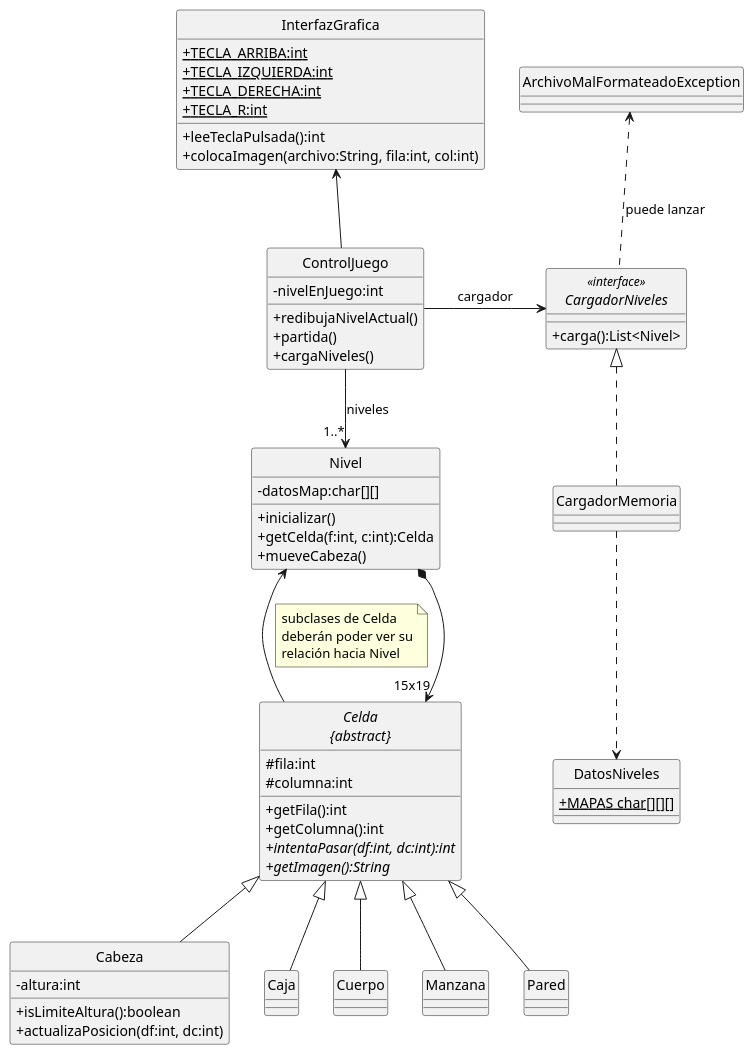
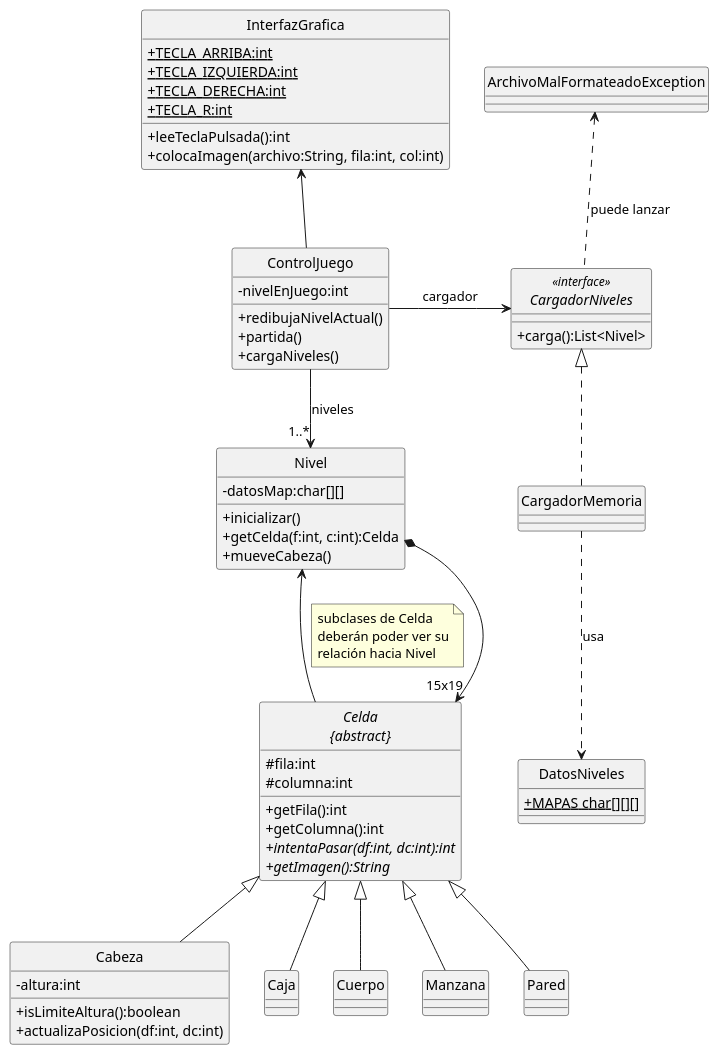
Before and after one commit to mariomac/limerick: the diagram in doc/uml_refactor_1.plantuml, drawn with PlantUML. The commit also changed 4 other files, not shown here.

```diff
--- a/doc/uml_refactor_1.plantuml
+++ b/doc/uml_refactor_1.plantuml
@@ -1,78 +1,78 @@
 @startuml asd
 
 hide circle
 skinparam classAttributeIconSize 0
 
 class InterfazGrafica {
     +{static} TECLA_ARRIBA:int
     +{static} TECLA_IZQUIERDA:int
     +{static} TECLA_DERECHA:int
     +{static} TECLA_R:int
     +leeTeclaPulsada():int
     +colocaImagen(archivo:String, fila:int, col:int)
 }
 
 interface CargadorNiveles <<interface>> {
     +carga():List<Nivel>
 }
 
 ArchivoMalFormateadoException <.. CargadorNiveles: puede lanzar
 ControlJuego -right-> CargadorNiveles: cargador
 
 CargadorNiveles <|.. CargadorMemoria
 
-CargadorMemoria ..> DatosNiveles
+CargadorMemoria ..> DatosNiveles: usa
 
 class ControlJuego {
     -nivelEnJuego:int
     +redibujaNivelActual()
     +partida()
     +cargaNiveles()
 }
 
 class Nivel {
     -datosMap:char[][]
     +inicializar()
     +getCelda(f:int, c:int):Celda
     +mueveCabeza()
 }
 
 abstract class "Celda\n{abstract}" as Celda {
     #fila:int
     #columna:int
     +getFila():int
     +getColumna():int
     +{abstract}intentaPasar(df:int, dc:int):int
     +{abstract}getImagen():String
 }
 
 class Cabeza {
     -altura:int
     +isLimiteAltura():boolean
     +actualizaPosicion(df:int, dc:int)
 }
 
 class DatosNiveles {
     +{static} MAPAS char[][][]
 }
 
 
 InterfazGrafica <-- ControlJuego
 ControlJuego -down-> "1..*" Nivel : niveles
 
 Celda -up-> Nivel
 note right on link
     subclases de Celda
     deberán poder ver su
     relación hacia Nivel
 end note
 
 Nivel *-down-> "15x19" Celda
 
 Celda <|-- Cabeza
 Celda <|-- Caja
 Celda <|-- Cuerpo
 Celda <|-- Manzana
 Celda <|-- Pared
 
 @enduml
```
